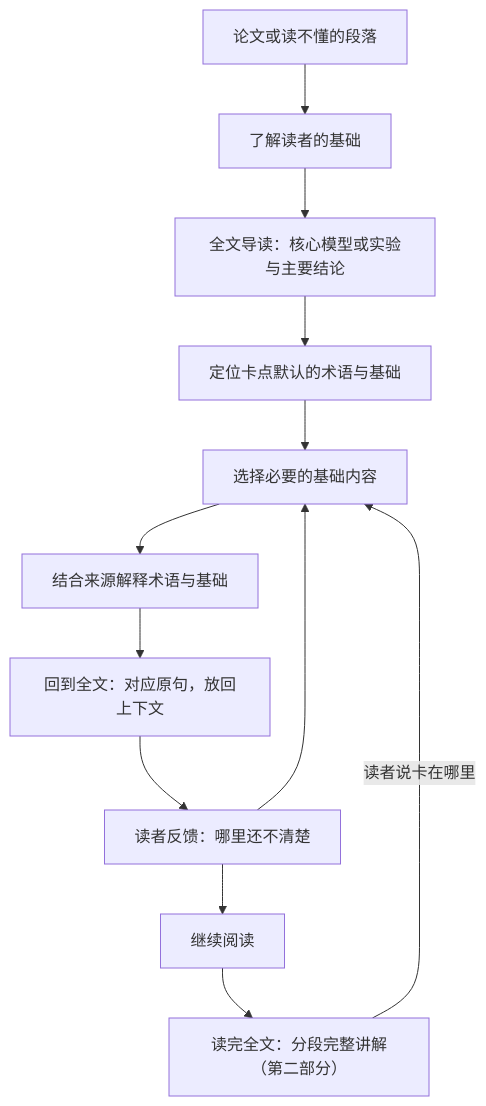
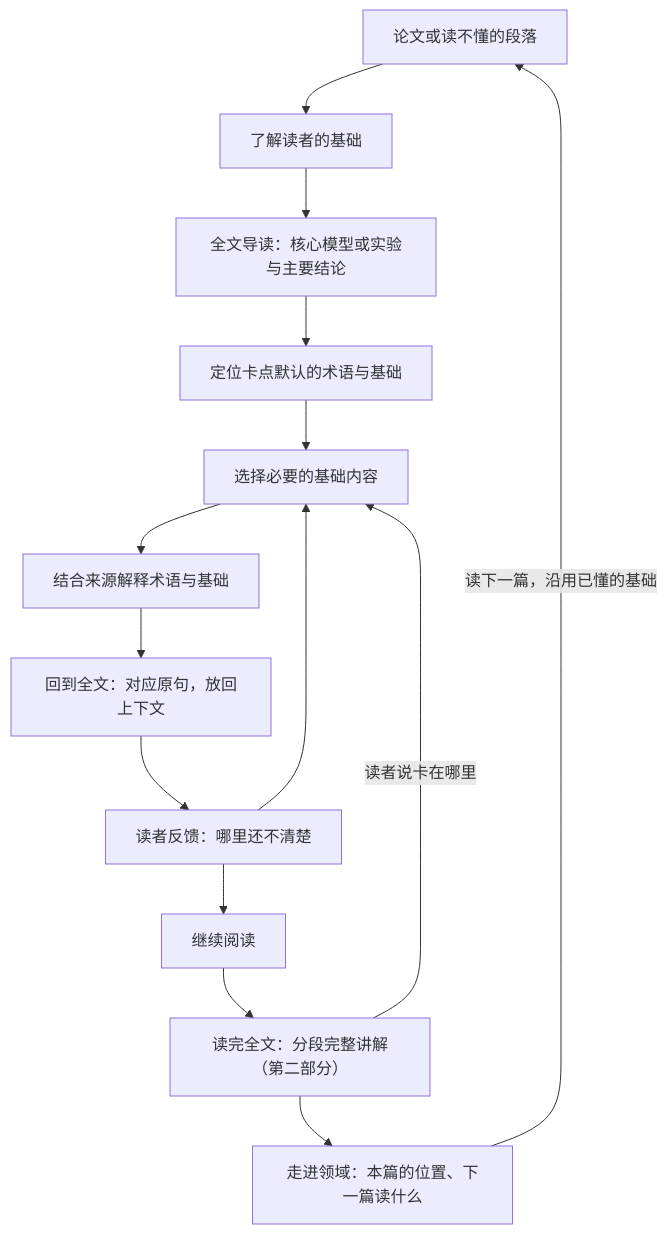
Before and after one commit to relativity143/an-agent-for-paper-reading: the diagram in README.zh-CN.md, drawn with Mermaid. The commit also changed other lines of this file and 1 other file, not shown here.

````diff
--- a/README.zh-CN.md
+++ b/README.zh-CN.md
@@ -70,14 +78,16 @@
 ```mermaid
 flowchart TD
     A[论文或读不懂的段落] --> C[了解读者的基础]
     C --> O[全文导读：核心模型或实验与主要结论]
     O --> B[定位卡点默认的术语与基础]
     B --> D[选择必要的基础内容]
     D --> E[结合来源解释术语与基础]
     E --> F[回到全文：对应原句，放回上下文]
     F --> G[读者反馈：哪里还不清楚]
     G --> D
     G --> H[继续阅读]
     H --> P[读完全文：分段完整讲解（第二部分）]
     P -->|读者说卡在哪里| D
+    P --> Q[走进领域：本篇的位置、下一篇读什么]
+    Q -->|读下一篇，沿用已懂的基础| A
 ```
````
